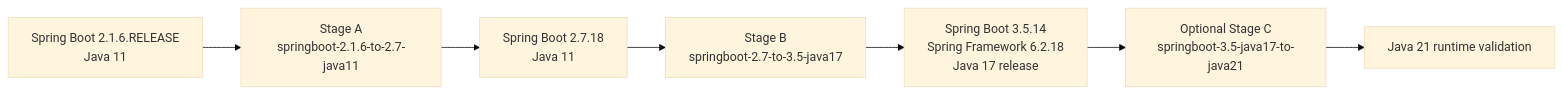
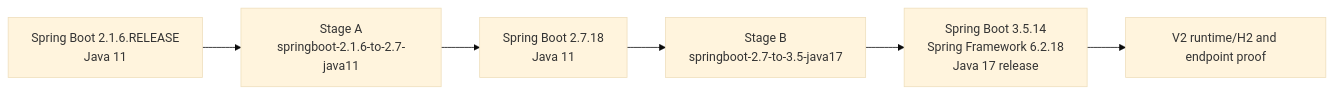
Before and after one commit to Ali-Hamdaoui/modernizer-solution: the diagram in docs/system/04-profiles-ai-hub.md, drawn with Mermaid (base theme). The commit also changed other lines of this file and 11 other files, not shown here.

Commit message:
docs: update AI migration factory V1 status and V2 roadmap

````diff
--- a/docs/system/04-profiles-ai-hub.md
+++ b/docs/system/04-profiles-ai-hub.md
@@ -44,9 +51,8 @@
 ```mermaid
 flowchart LR
     Source[Spring Boot 2.1.6.RELEASE<br/>Java 11] --> StageA[Stage A<br/>springboot-2.1.6-to-2.7-java11]
     StageA --> Boot27[Spring Boot 2.7.18<br/>Java 11]
     Boot27 --> StageB[Stage B<br/>springboot-2.7-to-3.5-java17]
     StageB --> Boot35[Spring Boot 3.5.14<br/>Spring Framework 6.2.18<br/>Java 17 release]
-    Boot35 --> StageC[Optional Stage C<br/>springboot-3.5-java17-to-java21]
-    StageC --> Runtime21[Java 21 runtime validation]
+    Boot35 --> V2[V2 runtime/H2 and endpoint proof]
 ```
````
